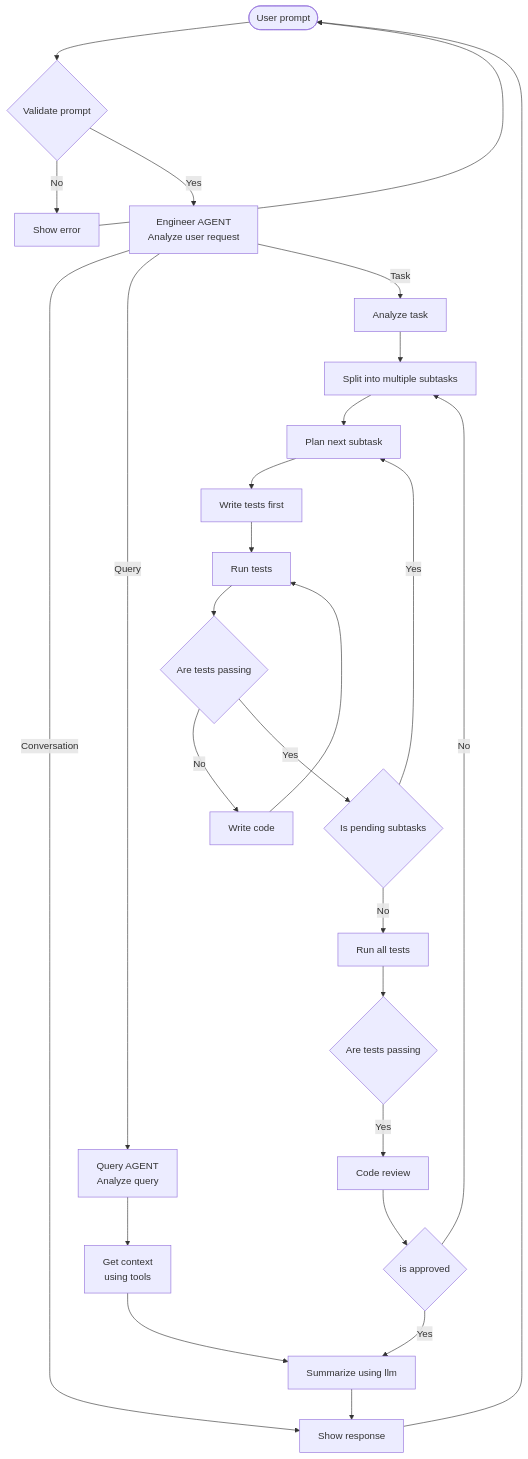
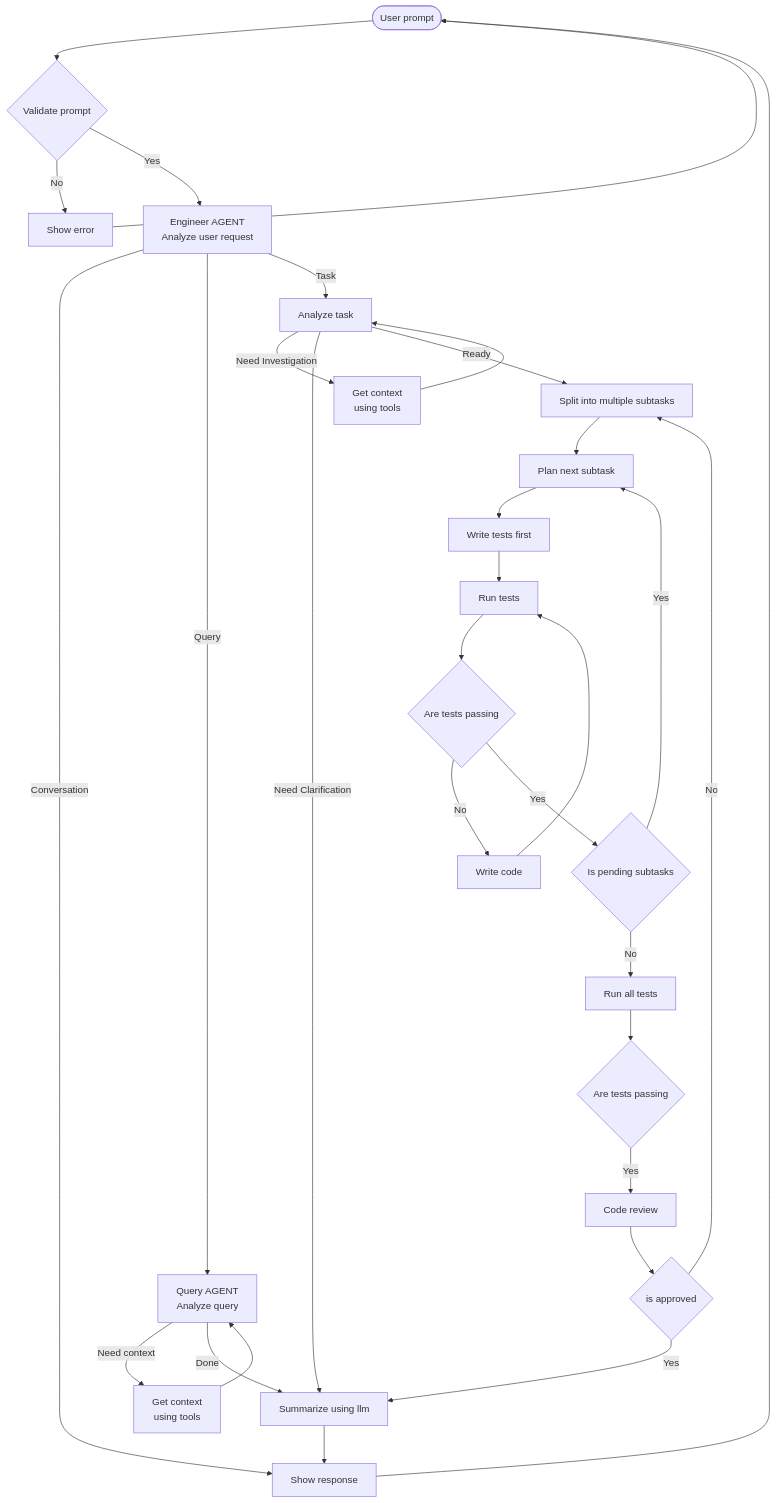
Before and after one commit to shiviraj/agentic-ai: the diagram in FLOWCHART.md, drawn with Mermaid. The commit also changed 17 other files, not shown here.

````diff
--- a/FLOWCHART.md
+++ b/FLOWCHART.md
@@ -3,29 +3,33 @@
 ```mermaid
 flowchart TD
     A([User prompt]) --> B{Validate prompt}
     B -- No --> C[Show error]
     C --> A
     B -- Yes --> D[Engineer AGENT<br/>Analyze user request]
     D -- Conversation --> I[Show response]
     I --> A
     D -- Query --> E[Query AGENT<br/> Analyze query]
-    E --> H[Get context<br/>using tools]
-    H --> J[Summarize using llm]
+    E -- Need context --> H[Get context<br/>using tools]
+    H --> E
+    E -- Done --> J[Summarize using llm]
     J --> I
     D -- Task --> V[Analyze task]
-    V --> K[Split into multiple subtasks]
+    V -- Need Investigation --> G[Get context<br/>using tools]
+    G --> V
+    V -- Need Clarification --> J
+    V -- Ready --> K[Split into multiple subtasks]
     K --> L[Plan next subtask]
     L --> M[Write tests first]
     M --> N[Run tests]
     N --> O{Are tests passing}
     O -- No --> P[Write code]
     P --> N
     O -- Yes --> Q{Is pending subtasks}
     Q -- Yes --> L
     Q -- No --> R[Run all tests]
     R --> S{Are tests passing}
     S -- Yes --> T[Code review]
     T --> U{is approved}
     U -- Yes --> J
     U -- No --> K
 ```
````
